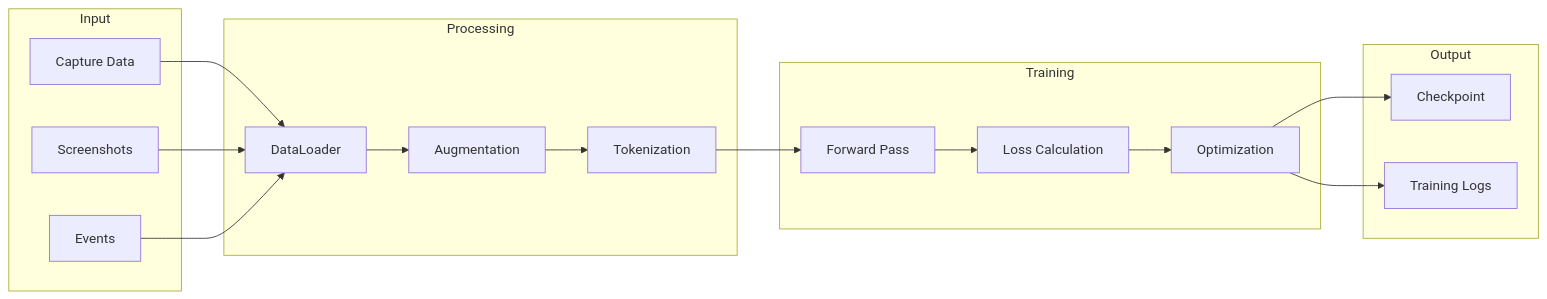
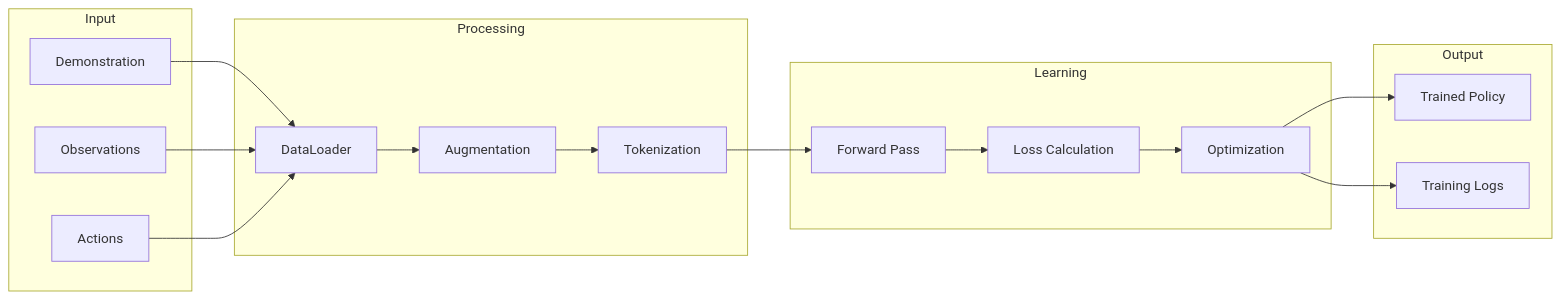
The diagram in docs/packages/ml.md (OpenAdaptAI/OpenAdapt), drawn with Mermaid before and after one commit. The commit also changed other lines of this file and 18 other files, not shown here.

````diff
--- a/docs/packages/ml.md
+++ b/docs/packages/ml.md
@@ -95,36 +95,36 @@
 ```mermaid
 flowchart LR
     subgraph Input
-        CAP[Capture Data]
-        SS[Screenshots]
-        EV[Events]
+        DEMO[Demonstration]
+        OBS[Observations]
+        ACT[Actions]
     end
 
     subgraph Processing
         DL[DataLoader]
         AUG[Augmentation]
         TOK[Tokenization]
     end
 
-    subgraph Training
+    subgraph Learning
         FWD[Forward Pass]
         LOSS[Loss Calculation]
         OPT[Optimization]
     end
 
     subgraph Output
-        CKPT[Checkpoint]
+        CKPT[Trained Policy]
         LOG[Training Logs]
     end
 
-    CAP --> DL
-    SS --> DL
-    EV --> DL
+    DEMO --> DL
+    OBS --> DL
+    ACT --> DL
     DL --> AUG
     AUG --> TOK
     TOK --> FWD
     FWD --> LOSS
     LOSS --> OPT
     OPT --> CKPT
     OPT --> LOG
 ```
````
